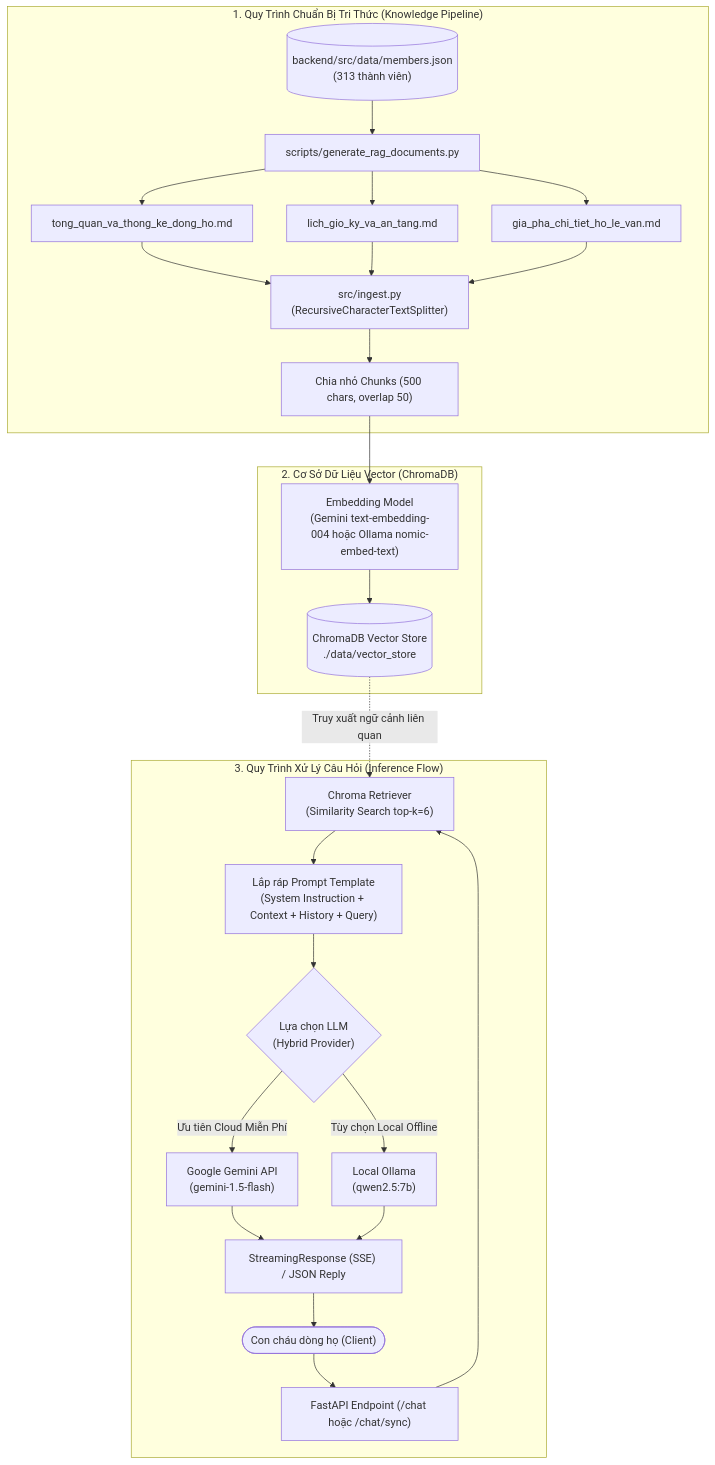
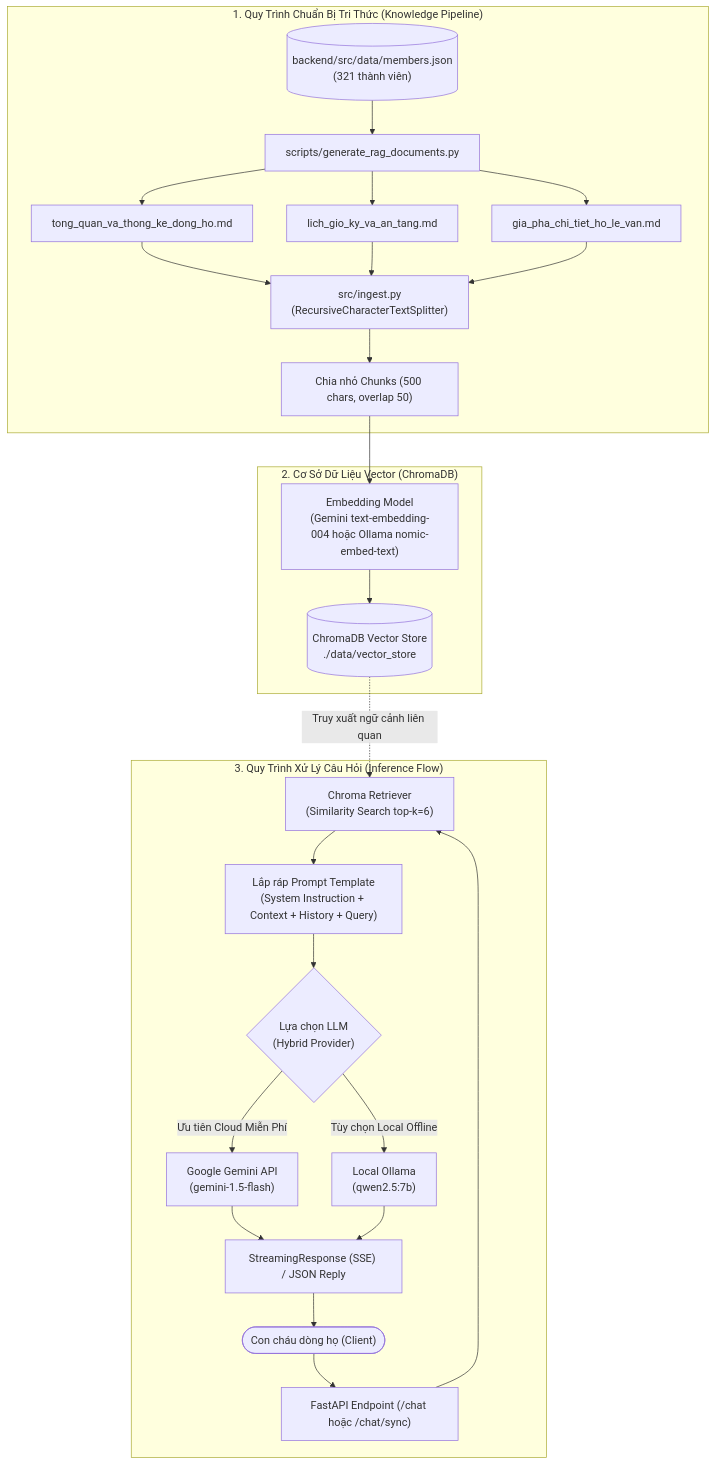
The diagram in rag-service/README.md (LGKAI/Portal-HoLeVan-Phai4-Chi2), drawn with Mermaid before and after one commit. The commit also changed other lines of this file and 2 other files, not shown here.

Commit message:
docs: cap nhat README.md tong the, rag-service va tinh chinh role badges

````diff
--- a/rag-service/README.md
+++ b/rag-service/README.md
@@ -25,28 +25,28 @@
 ```mermaid
 flowchart TD
     subgraph Data_Pipeline ["1. Quy Trình Chuẩn Bị Tri Thức (Knowledge Pipeline)"]
-        RawDB[("backend/src/data/members.json<br/>(313 thành viên)")] --> Script["scripts/generate_rag_documents.py"]
+        RawDB[("backend/src/data/members.json<br/>(321 thành viên)")] --> Script["scripts/generate_rag_documents.py"]
         Script --> MD1["tong_quan_va_thong_ke_dong_ho.md"]
         Script --> MD2["lich_gio_ky_va_an_tang.md"]
         Script --> MD3["gia_pha_chi_tiet_ho_le_van.md"]
         MD1 & MD2 & MD3 --> Ingest["src/ingest.py<br/>(RecursiveCharacterTextSplitter)"]
         Ingest --> Chunking["Chia nhỏ Chunks (500 chars, overlap 50)"]
     end
 
     subgraph Vector_DB ["2. Cơ Sở Dữ Liệu Vector (ChromaDB)"]
         Chunking --> EmbedFunc["Embedding Model<br/>(Gemini text-embedding-004 hoặc Ollama nomic-embed-text)"]
         EmbedFunc --> ChromaDB[("ChromaDB Vector Store<br/>./data/vector_store")]
     end
 
     subgraph User_Query_Flow ["3. Quy Trình Xử Lý Câu Hỏi (Inference Flow)"]
         User(["Con cháu dòng họ (Client)"]) --> API["FastAPI Endpoint (/chat hoặc /chat/sync)"]
         API --> Retriever["Chroma Retriever<br/>(Similarity Search top-k=6)"]
         ChromaDB -.->|Truy xuất ngữ cảnh liên quan| Retriever
         Retriever --> PromptAssembler["Lắp ráp Prompt Template<br/>(System Instruction + Context + History + Query)"]
         PromptAssembler --> LLM_Core{"Lựa chọn LLM<br/>(Hybrid Provider)"}
         LLM_Core -->|Ưu tiên Cloud Miễn Phí| Gemini["Google Gemini API<br/>(gemini-1.5-flash)"]
         LLM_Core -->|Tùy chọn Local Offline| Ollama["Local Ollama<br/>(qwen2.5:7b)"]
         Gemini & Ollama --> StreamResp["StreamingResponse (SSE) / JSON Reply"]
         StreamResp --> User
     end
 ```
````
